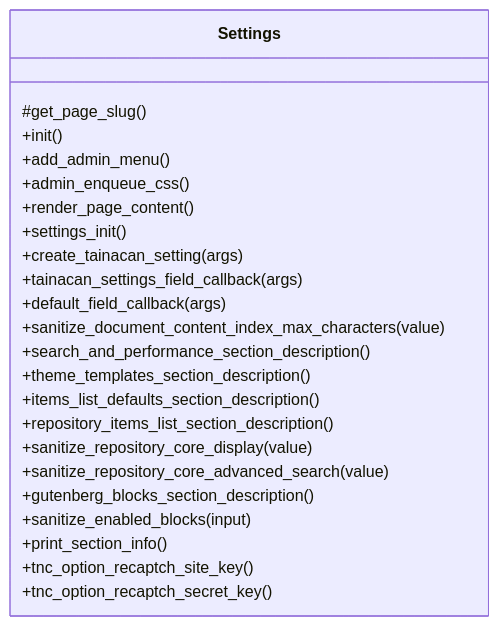
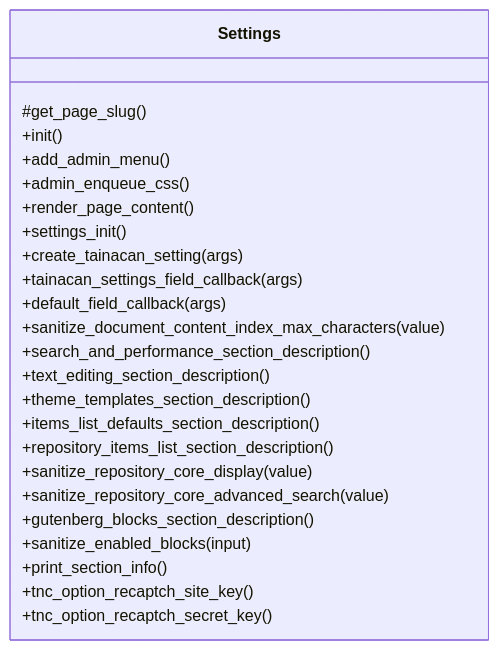
One commit to tainacan/tainacan changed the diagram in docs/phpdoc/classes/Tainacan/Settings.mmd. Above: the diagram before and after it, drawn with Mermaid. The commit also changed 6 other files, not shown here.

```diff
--- a/docs/phpdoc/classes/Tainacan/Settings.mmd
+++ b/docs/phpdoc/classes/Tainacan/Settings.mmd
@@ -1,25 +1,26 @@
 classDiagram
     direction TB
     class Settings {
         #get_page_slug()
         +init()
         +add_admin_menu()
         +admin_enqueue_css()
         +render_page_content()
         +settings_init()
         +create_tainacan_setting(args)
         +tainacan_settings_field_callback(args)
         +default_field_callback(args)
         +sanitize_document_content_index_max_characters(value)
         +search_and_performance_section_description()
+        +text_editing_section_description()
         +theme_templates_section_description()
         +items_list_defaults_section_description()
         +repository_items_list_section_description()
         +sanitize_repository_core_display(value)
         +sanitize_repository_core_advanced_search(value)
         +gutenberg_blocks_section_description()
         +sanitize_enabled_blocks(input)
         +print_section_info()
         +tnc_option_recaptch_site_key()
         +tnc_option_recaptch_secret_key()
     }
```
